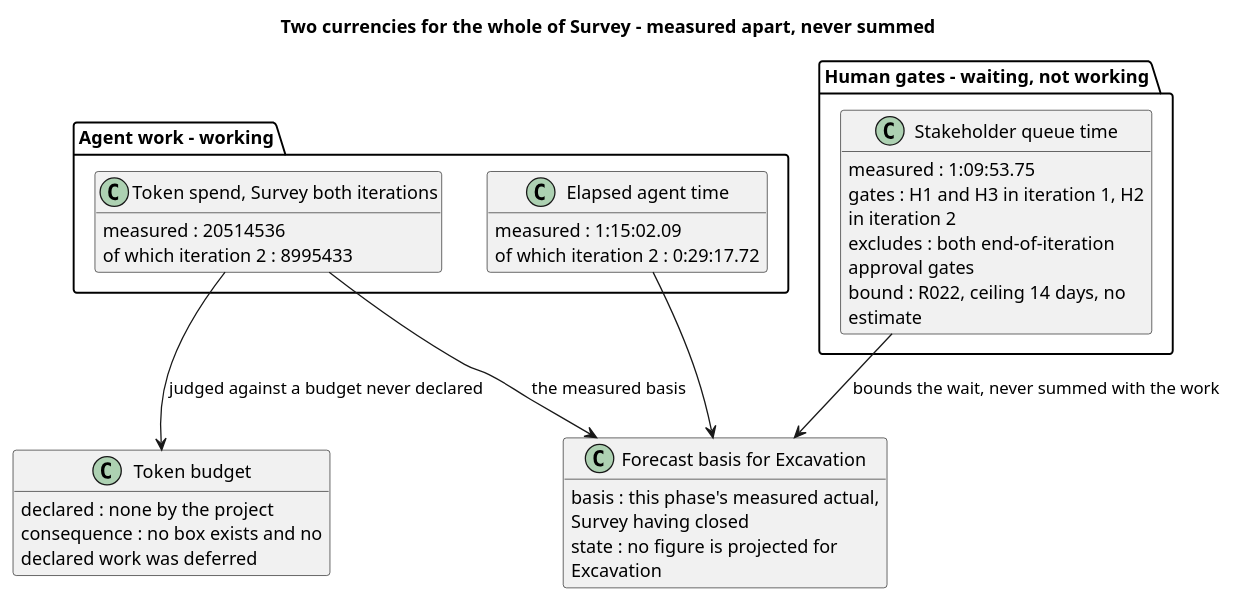
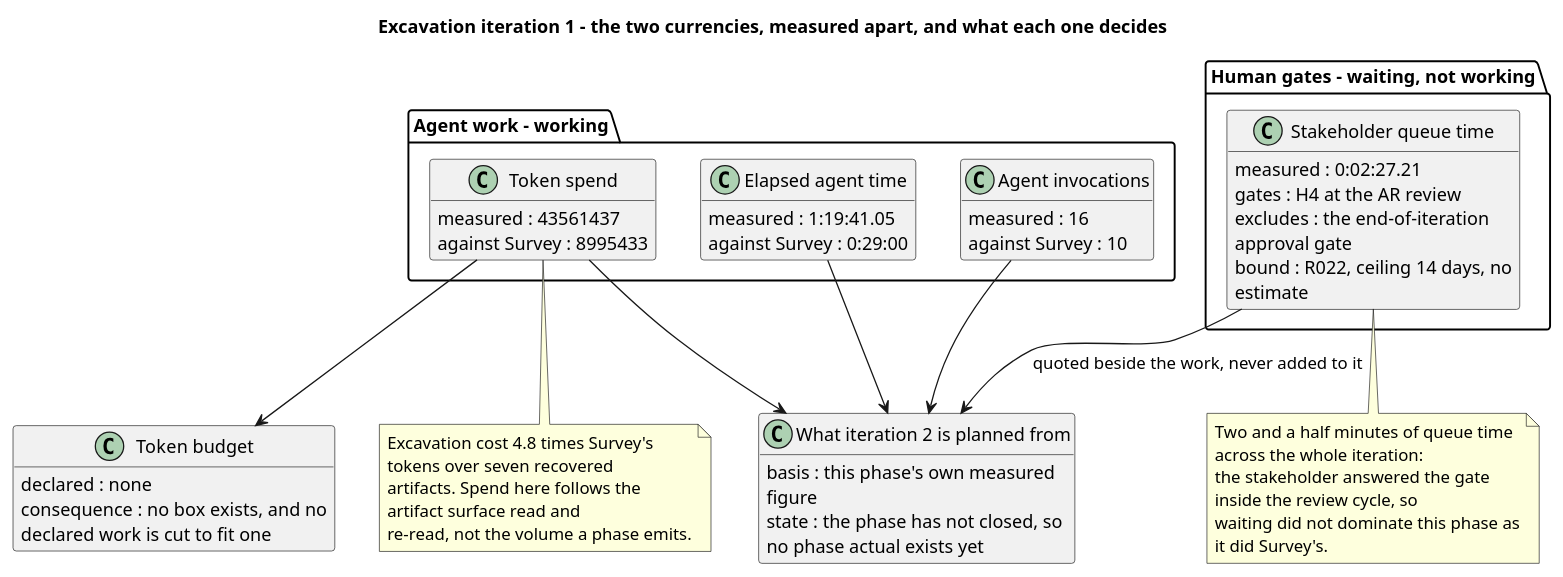
Before and after one commit to banense-test/TodoApp: the third of 4 diagrams in docs/artifacts/project-management/iteration-assessment.md, drawn with PlantUML. The commit also changed other lines of this file, not shown here.

First line of the commit message:
Project Manager [Excavation1]: upsert Iteration Assessment

````diff
--- a/docs/artifacts/project-management/iteration-assessment.md
+++ b/docs/artifacts/project-management/iteration-assessment.md
@@ -147,41 +217,57 @@
 ```plantuml
 @startuml
-title Two currencies for the whole of Survey - measured apart, never summed
+title Excavation iteration 1 - the two currencies, measured apart, and what each one decides
 skinparam shadowing false
 skinparam classAttributeIconSize 0
 hide empty members
 skinparam wrapWidth 240
 
 package "Agent work - working" {
-  class "Token spend, Survey both iterations" as TOK {
-    measured : 20514536
-    of which iteration 2 : 8995433
+  class "Token spend" as TOK {
+    measured : 43561437
+    against Survey : 8995433
   }
   class "Elapsed agent time" as AGT {
-    measured : 1:15:02.09
-    of which iteration 2 : 0:29:17.72
+    measured : 1:19:41.05
+    against Survey : 0:29:00
+  }
+  class "Agent invocations" as INV {
+    measured : 16
+    against Survey : 10
   }
 }
 package "Human gates - waiting, not working" {
   class "Stakeholder queue time" as HUM {
-    measured : 1:09:53.75
-    gates : H1 and H3 in iteration 1, H2 in iteration 2
-    excludes : both end-of-iteration approval gates
+    measured : 0:02:27.21
+    gates : H4 at the AR review
+    excludes : the end-of-iteration approval gate
     bound : R022, ceiling 14 days, no estimate
   }
 }
 class "Token budget" as BUD {
-  declared : none by the project
-  consequence : no box exists and no declared work was deferred
+  declared : none
+  consequence : no box exists, and no declared work is cut to fit one
 }
-class "Forecast basis for Excavation" as FC {
-  basis : this phase's measured actual, Survey having closed
-  state : no figure is projected for Excavation
+class "What iteration 2 is planned from" as FC {
+  basis : this phase's own measured figure
+  state : the phase has not closed, so no phase actual exists yet
 }
 
-TOK --> BUD : judged against a budget never declared
-TOK --> FC : the measured basis
+TOK --> BUD
+TOK --> FC
 AGT --> FC
-HUM --> FC : bounds the wait, never summed with the work
+HUM --> FC : quoted beside the work, never added to it
+INV --> FC
+
+note bottom of TOK
+  Excavation cost 4.8 times Survey's tokens over seven recovered
+  artifacts. Spend here follows the artifact surface read and
+  re-read, not the volume a phase emits.
+end note
+note bottom of HUM
+  Two and a half minutes of queue time across the whole iteration:
+  the stakeholder answered the gate inside the review cycle, so
+  waiting did not dominate this phase as it did Survey's.
+end note
 @enduml
 ```
````
